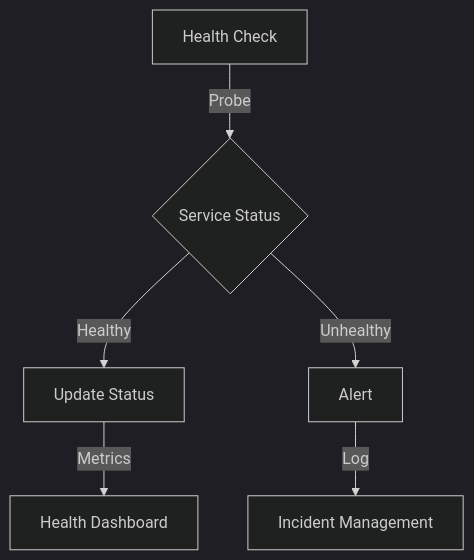
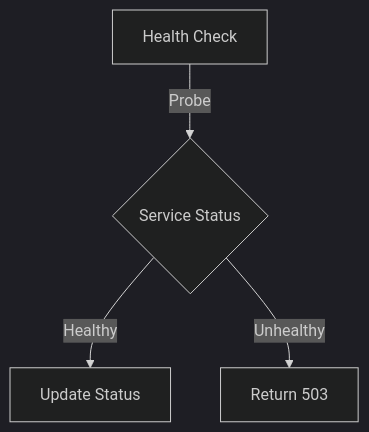
Before and after one commit to UCLH-Digital-Innovation-Hub/Xhuma: diagram 11 of 12 in docs/data_flow.md, drawn with Mermaid (dark theme). The commit also changed other lines of this file and 2 other files, not shown here.

Commit message:
docs: sanitise generic resource names and align technical architecture flows

````diff
--- a/docs/data_flow.md
+++ b/docs/data_flow.md
@@ -188,8 +189,6 @@
 ```mermaid
 flowchart TD
     A[Health Check] -->|Probe| B{Service Status}
     B -->|Healthy| C[Update Status]
-    B -->|Unhealthy| D[Alert]
-    D -->|Log| E[Incident Management]
-    C -->|Metrics| F[Health Dashboard]
+    B -->|Unhealthy| D[Return 503]
 ```
````
